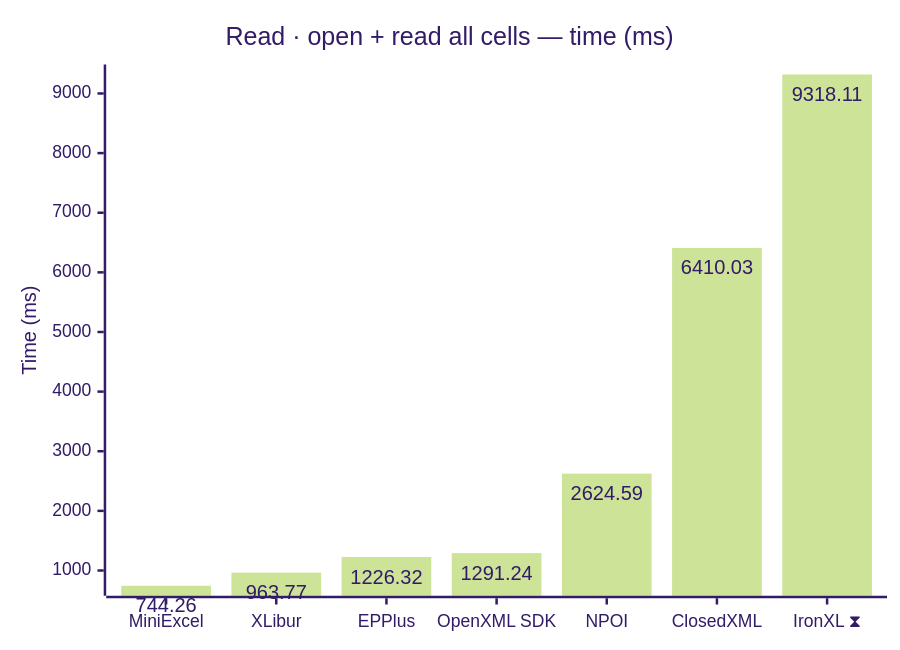
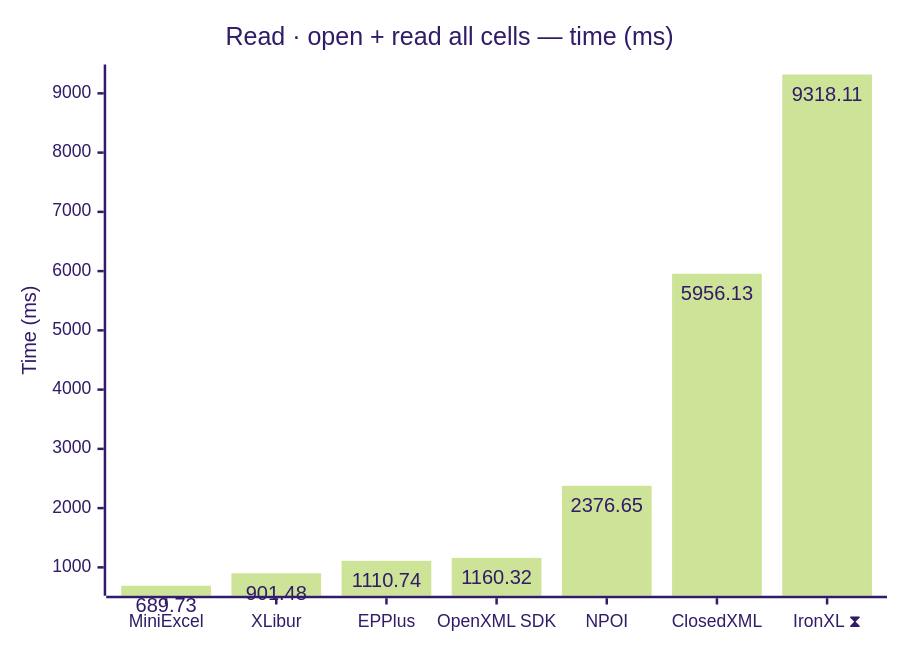
One commit to jafin/XLBench changed the third of 12 diagrams in docs/results.md. Above: the diagram before and after it, drawn with Mermaid (forest theme). The commit also changed other lines of this file and 6 other files, not shown here.

````diff
--- a/docs/results.md
+++ b/docs/results.md
@@ -65,12 +65,12 @@
 ```mermaid
 ---
 config:
   xyChart:
     showDataLabel: true
 ---
 xychart-beta
     title "Read · open + read all cells — time (ms)"
     x-axis ["MiniExcel", "XLibur", "EPPlus", "OpenXML SDK", "NPOI", "ClosedXML", "IronXL ⧗"]
     y-axis "Time (ms)"
-    bar [744.26, 963.77, 1226.32, 1291.24, 2624.59, 6410.03, 9318.11]
+    bar [689.73, 901.48, 1110.74, 1160.32, 2376.65, 5956.13, 9318.11]
 ```
````
